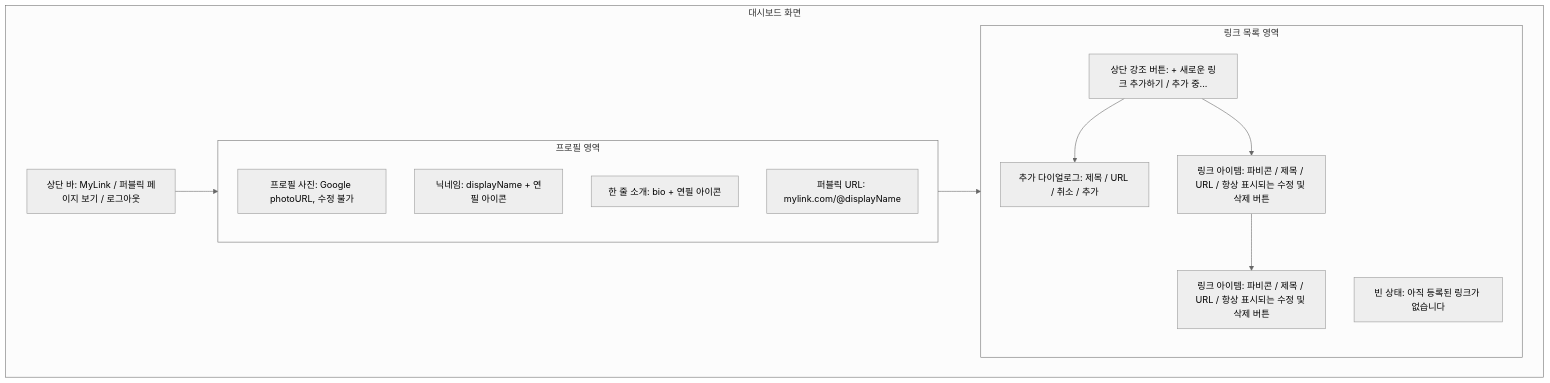
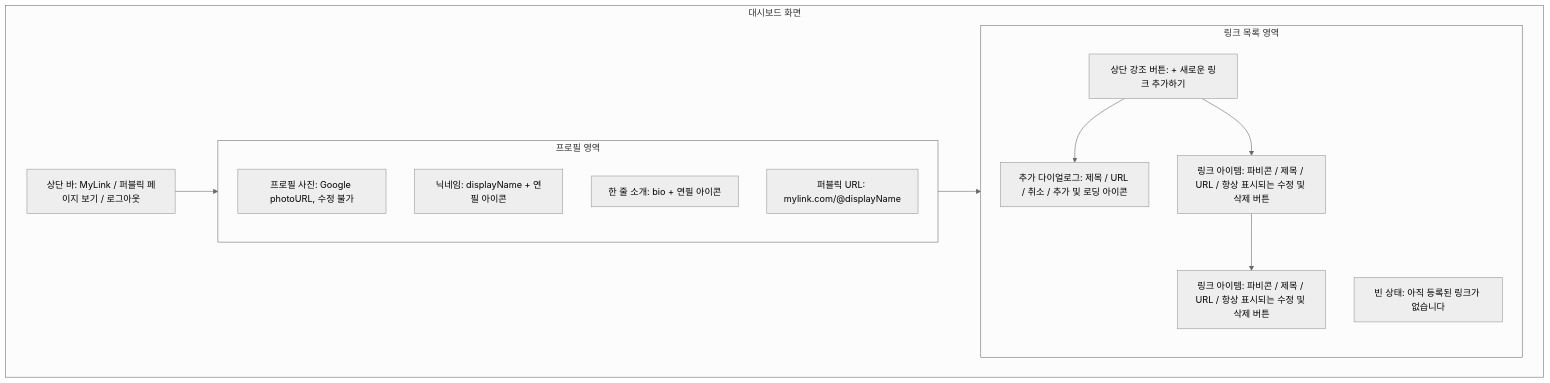
Before and after one commit to olivesch/my-link: the fourth of 13 diagrams in docs/Wireframe.md, drawn with Mermaid (neutral theme). The commit also changed other lines of this file and 4 other files, not shown here.

````diff
--- a/docs/Wireframe.md
+++ b/docs/Wireframe.md
@@ -80,27 +80,27 @@
 ```mermaid
 flowchart TB
   subgraph Dashboard["대시보드 화면"]
     TopBar["상단 바: MyLink / 퍼블릭 페이지 보기 / 로그아웃"]
 
     subgraph Profile["프로필 영역"]
       Photo["프로필 사진: Google photoURL, 수정 불가"]
       Name["닉네임: displayName + 연필 아이콘"]
       Bio["한 줄 소개: bio + 연필 아이콘"]
       Url["퍼블릭 URL: mylink.com/@displayName"]
     end
 
     subgraph Links["링크 목록 영역"]
-      Add["상단 강조 버튼: + 새로운 링크 추가하기 / 추가 중..."]
-      AddDialog["추가 다이얼로그: 제목 / URL / 취소 / 추가"]
+      Add["상단 강조 버튼: + 새로운 링크 추가하기"]
+      AddDialog["추가 다이얼로그: 제목 / URL / 취소 / 추가 및 로딩 아이콘"]
       Item1["링크 아이템: 파비콘 / 제목 / URL / 항상 표시되는 수정 및 삭제 버튼"]
       Item2["링크 아이템: 파비콘 / 제목 / URL / 항상 표시되는 수정 및 삭제 버튼"]
       Empty["빈 상태: 아직 등록된 링크가 없습니다"]
     end
   end
 
   TopBar --> Profile
   Profile --> Links
   Add --> AddDialog
   Add --> Item1
   Item1 --> Item2
 ```
````
